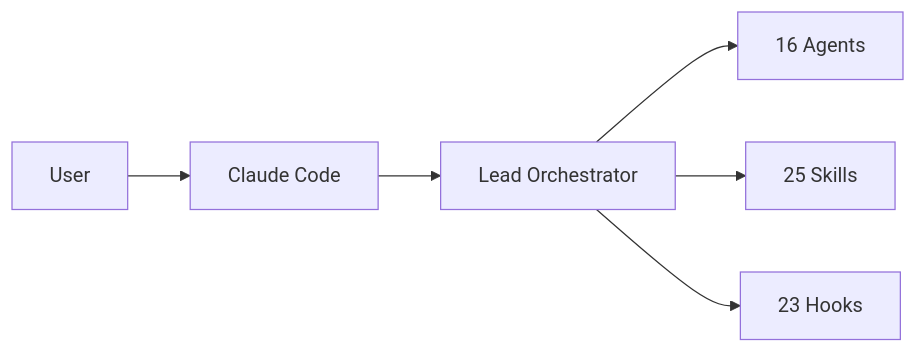
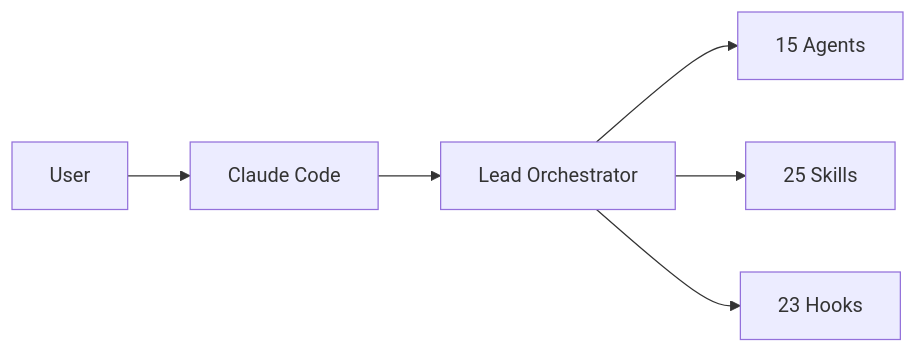
One commit to MaciWP/claude-code-poneglyph changed the first of 2 diagrams in CLAUDE.md. Above: the diagram before and after it, drawn with Mermaid. The commit also changed other lines of this file and 21 other files, not shown here.

````diff
--- a/CLAUDE.md
+++ b/CLAUDE.md
@@ -61,8 +61,8 @@
 ```mermaid
 graph LR
     User --> CC[Claude Code]
     CC --> Orch[Lead Orchestrator]
-    Orch --> Agents[16 Agents]
+    Orch --> Agents[15 Agents]
     Orch --> Skills[25 Skills]
     Orch --> Hooks[23 Hooks]
 ```
````
